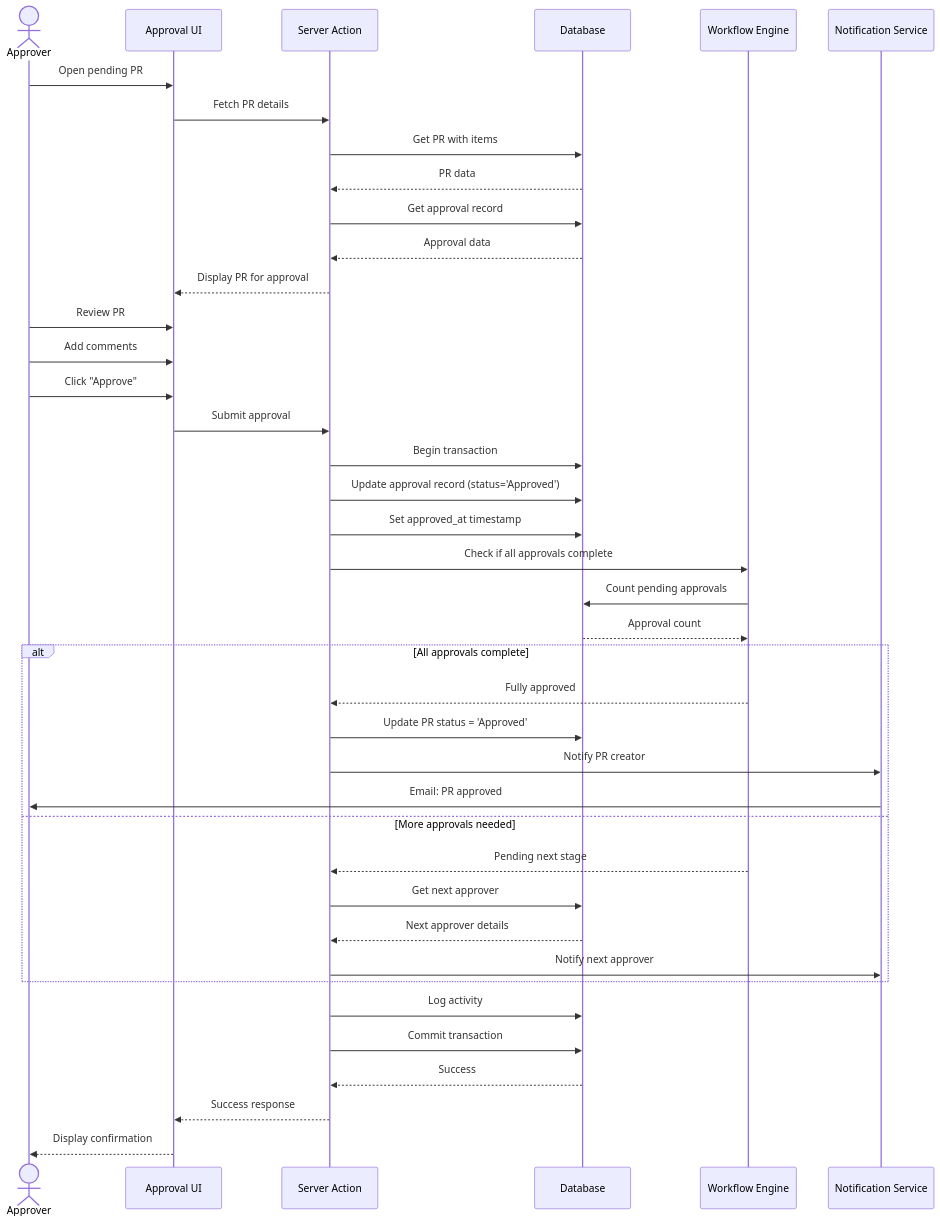
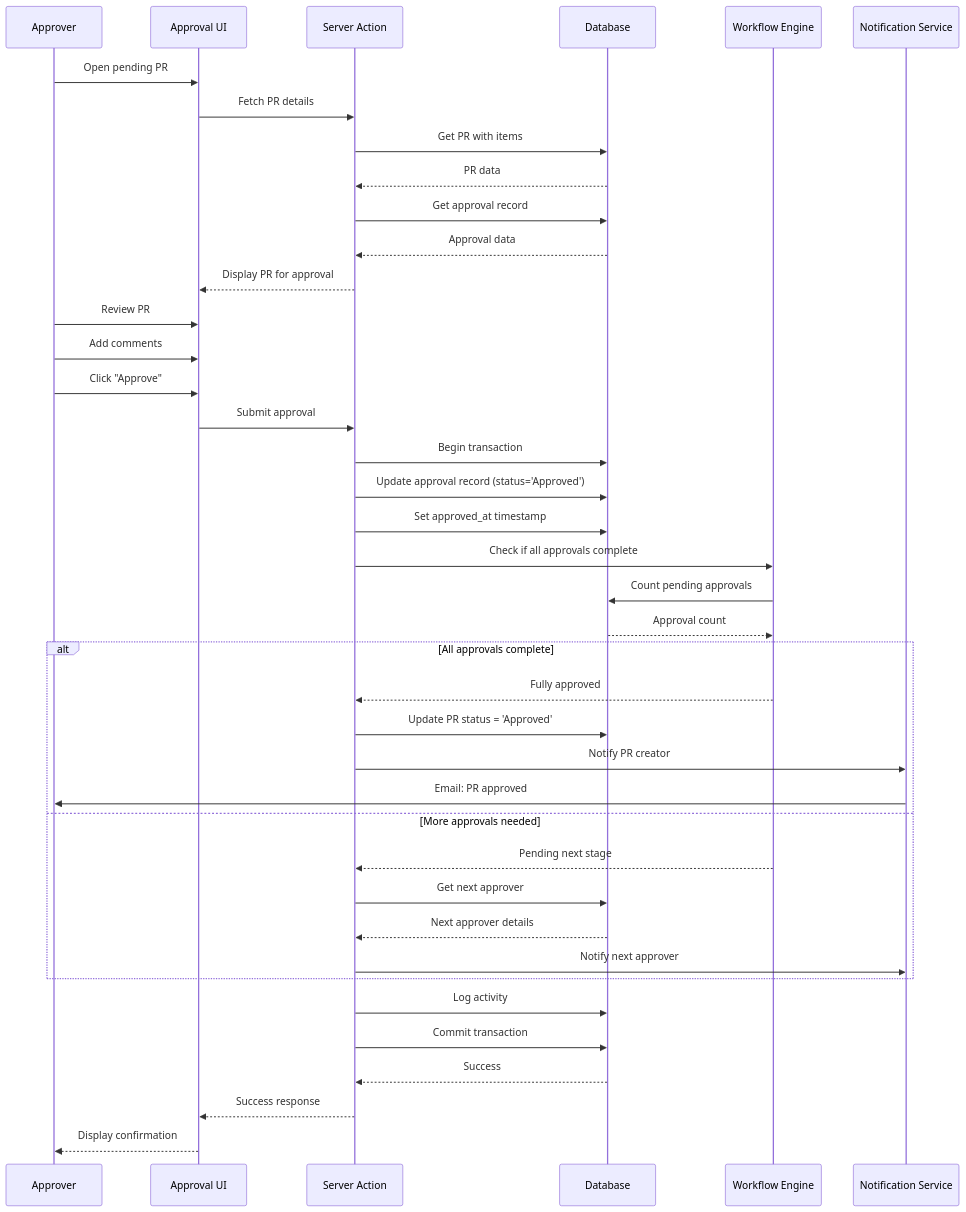
Diagram 11 of 30 in docs/app/procurement/purchase-requests/FD-purchase-requests.md (CarmenSoftware-organization/carmen), drawn with Mermaid before and after one commit. The commit also changed other lines of this file and 1788 other files, not shown here.

````diff
--- a/docs/app/procurement/purchase-requests/FD-purchase-requests.md
+++ b/docs/app/procurement/purchase-requests/FD-purchase-requests.md
@@ -442,50 +477,50 @@
 ```mermaid
 sequenceDiagram
-    actor Approver
+    participant Approver
     participant UI as Approval UI
     participant API as Server Action
     participant DB as Database
     participant Workflow as Workflow Engine
     participant Notify as Notification Service
 
     Approver->>UI: Open pending PR
     UI->>API: Fetch PR details
     API->>DB: Get PR with items
     DB-->>API: PR data
     API->>DB: Get approval record
     DB-->>API: Approval data
     API-->>UI: Display PR for approval
 
     Approver->>UI: Review PR
     Approver->>UI: Add comments
     Approver->>UI: Click "Approve"
 
     UI->>API: Submit approval
     API->>DB: Begin transaction
 
     API->>DB: Update approval record (status='Approved')
     API->>DB: Set approved_at timestamp
 
     API->>Workflow: Check if all approvals complete
     Workflow->>DB: Count pending approvals
     DB-->>Workflow: Approval count
 
     alt All approvals complete
         Workflow-->>API: Fully approved
         API->>DB: Update PR status = 'Approved'
         API->>Notify: Notify PR creator
         Notify->>Approver: Email: PR approved
     else More approvals needed
         Workflow-->>API: Pending next stage
         API->>DB: Get next approver
         DB-->>API: Next approver details
         API->>Notify: Notify next approver
     end
 
     API->>DB: Log activity
     API->>DB: Commit transaction
     DB-->>API: Success
 
     API-->>UI: Success response
     UI-->>Approver: Display confirmation
 ```
````
